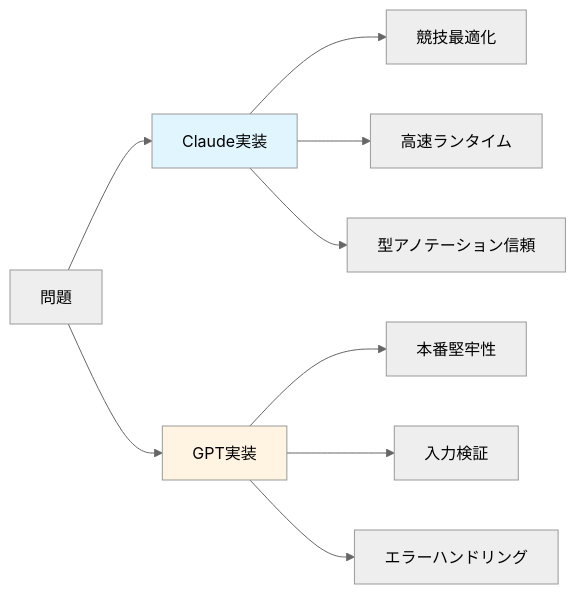
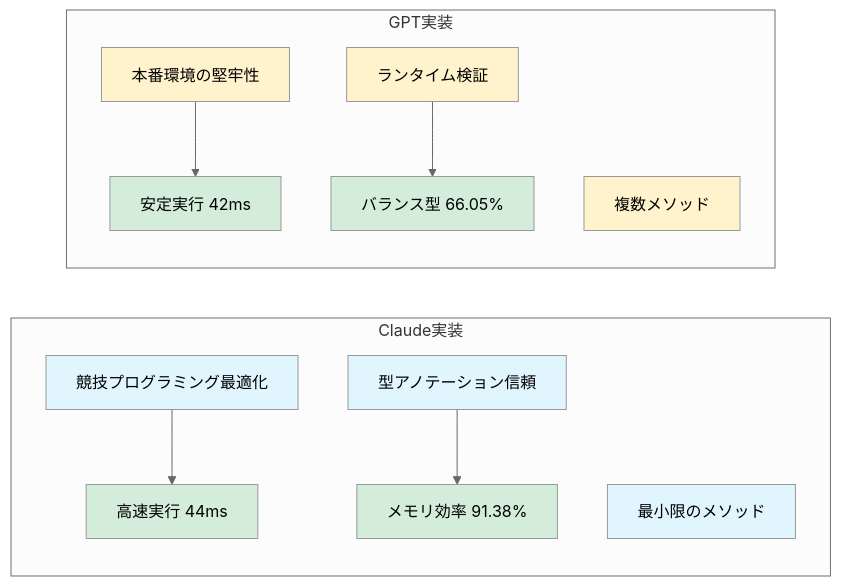
The second of 9 diagrams in README.md (myoshi2891/Algorithm-DataStructures-Math-SQL), drawn with Mermaid (neutral theme) before and after one commit. The commit also changed other lines of this file, not shown here.

````diff
--- a/README.md
+++ b/README.md
@@ -202,16 +88,34 @@
 ```mermaid
 graph LR
-    A[問題] --> B[Claude実装]
-    A --> C[GPT実装]
-
-    B --> B1[競技最適化]
-    B --> B2[高速ランタイム]
-    B --> B3[型アノテーション信頼]
-
-    C --> C1[本番堅牢性]
-    C --> C2[入力検証]
-    C --> C3[エラーハンドリング]
-
-    style B fill:#e1f5ff
-    style C fill:#fff4e1
+    subgraph "Claude実装"
+        C1[競技プログラミング最適化]
+        C2[型アノテーション信頼]
+        C3[最小限のメソッド]
+        C4[高速実行 44ms]
+        C5[メモリ効率 91.38%]
+    end
+    
+    subgraph "GPT実装"
+        G1[本番環境の堅牢性]
+        G2[ランタイム検証]
+        G3[複数メソッド]
+        G4[安定実行 42ms]
+        G5[バランス型 66.05%]
+    end
+    
+    C1 --> C4
+    C2 --> C5
+    G1 --> G4
+    G2 --> G5
+    
+    style C1 fill:#e1f5ff
+    style C2 fill:#e1f5ff
+    style C3 fill:#e1f5ff
+    style C4 fill:#d4edda
+    style C5 fill:#d4edda
+    style G1 fill:#fff3cd
+    style G2 fill:#fff3cd
+    style G3 fill:#fff3cd
+    style G4 fill:#d4edda
+    style G5 fill:#d4edda
 ```
````
